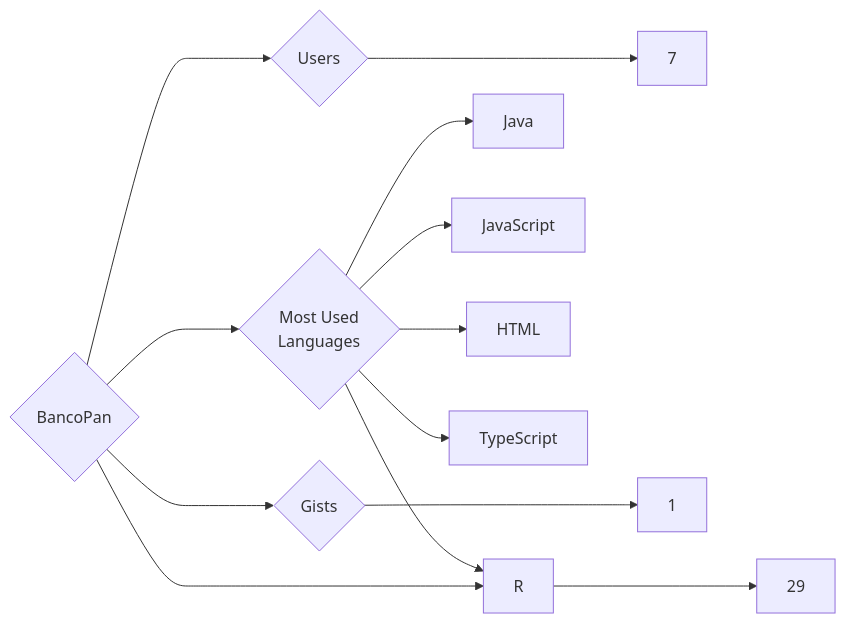
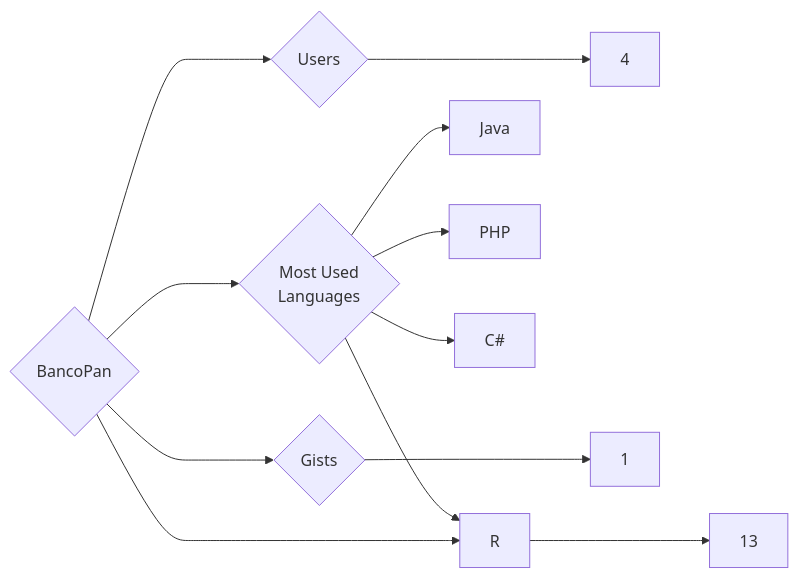
The diagram in targets/BancoPan/README.md (trickest/insiders), drawn with Mermaid before and after one commit. The commit also changed 1020 other files, not shown here.

````diff
--- a/targets/BancoPan/README.md
+++ b/targets/BancoPan/README.md
@@ -3,13 +3,12 @@
 ```mermaid
 graph LR
 COMPANY_NAME{BancoPan}
-COMPANY_NAME ---> U{Users} ---> UN[7]
-COMPANY_NAME ---> R{Repositories} ---> RN[29]
+COMPANY_NAME ---> U{Users} ---> UN[4]
+COMPANY_NAME ---> R{Repositories} ---> RN[13]
 COMPANY_NAME ---> G{Gists} ---> GN[1]
 COMPANY_NAME ---> ML{Most Used<br>Languages}
 ML --> Java[Java]
 ML --> R[R]
-ML --> JavaScript[JavaScript]
-ML --> HTML[HTML]
-ML --> TypeScript[TypeScript]
+ML --> PHP[PHP]
+ML --> C#[C#]
 ```
````
